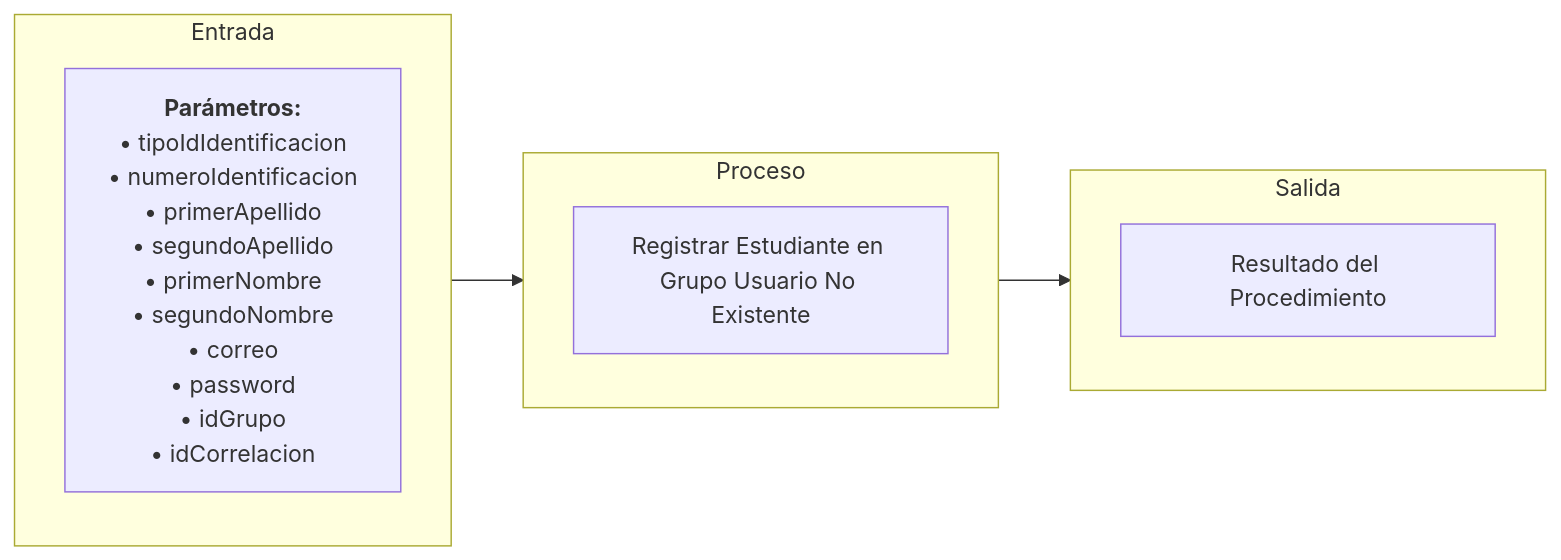
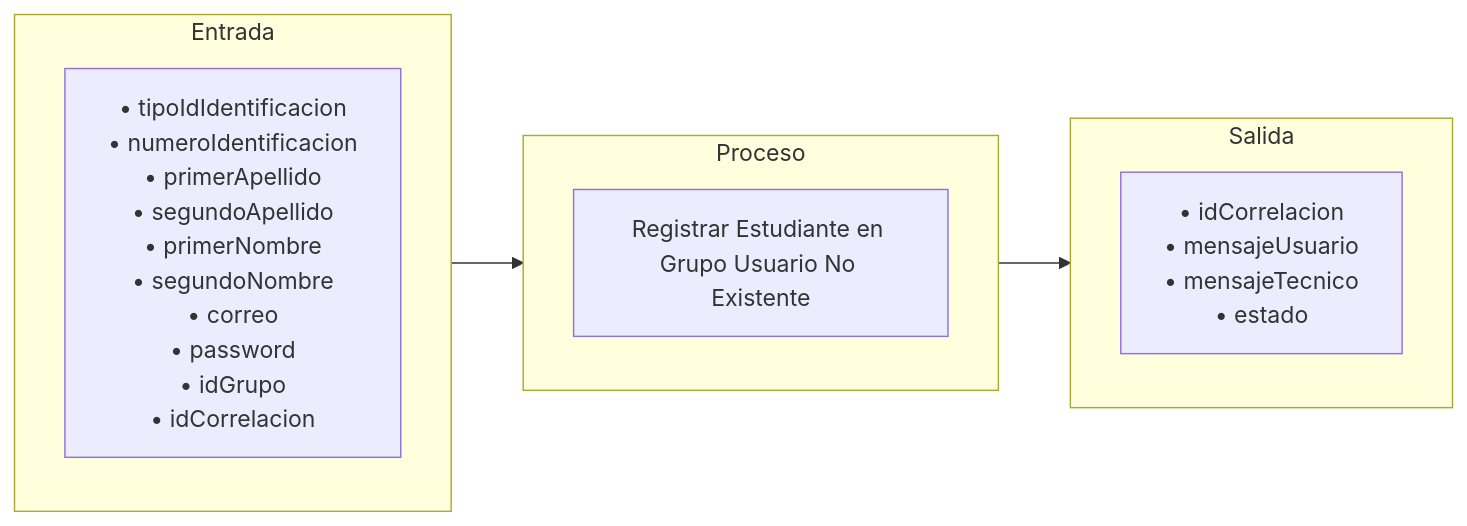
One commit to johnjduque/gestion-asistencia-db changed the diagram in docs/transacciones/usp_registrar_estudiante_en_grupo_usuario_no_existente.md. Above: the diagram before and after it, drawn with Mermaid. The commit also changed other lines of this file and 18 other files, not shown here.

Commit message:
refactor(bd): aplicar recomendaciones del asesor en usp_registrar_estudiante_en_grupo_usuario_no_existente, catalogo de mensajes y parametros

````diff
--- a/docs/transacciones/usp_registrar_estudiante_en_grupo_usuario_no_existente.md
+++ b/docs/transacciones/usp_registrar_estudiante_en_grupo_usuario_no_existente.md
@@ -35,23 +16,23 @@
 ```mermaid
 flowchart LR
     %% Bloque de Entrada
     subgraph Entrada [Entrada]
         direction TB
-        param1["<b>Parámetros:</b><br/>• tipoIdIdentificacion<br/>• numeroIdentificacion<br/>• primerApellido<br/>• segundoApellido<br/>• primerNombre<br/>• segundoNombre<br/>• correo<br/>• password<br/>• idGrupo<br/>• idCorrelacion"]
+        param1["• tipoIdIdentificacion<br/>• numeroIdentificacion<br/>• primerApellido<br/>• segundoApellido<br/>• primerNombre<br/>• segundoNombre<br/>• correo<br/>• password<br/>• idGrupo<br/>• idCorrelacion"]
     end
 
     %% Bloque de Proceso
     subgraph Proceso [Proceso]
         direction TB
         proc1[Registrar Estudiante en Grupo Usuario No Existente]
     end
 
     %% Bloque de Salida
     subgraph Salida [Salida]
         direction TB
-        out1[Resultado del Procedimiento]
+        out1["• idCorrelacion<br/>• mensajeUsuario<br/>• mensajeTecnico<br/>• estado"]
     end
 
     %% Conexión de flujo de izquierda a derecha
     Entrada --> Proceso --> Salida
 ```
````
